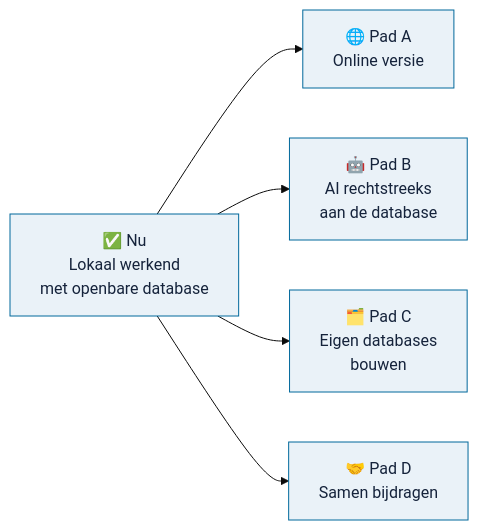
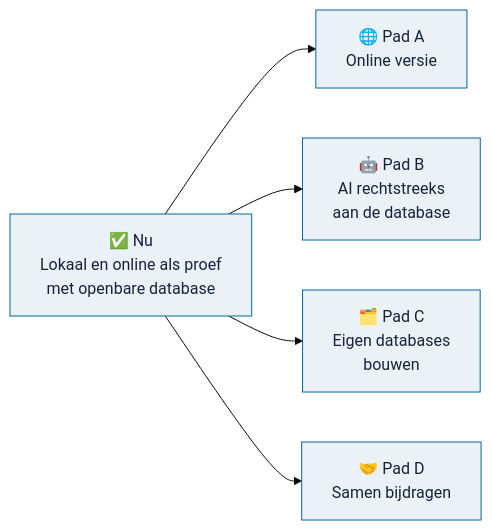
One commit to Robert-Worm/omnibus changed the diagram in docs/routekaart.md. Above: the diagram before and after it, drawn with Mermaid (base theme). The commit also changed other lines of this file and 16 other files, not shown here.

First line of the commit message:
Documentatie klopt weer met de online proefversie en het snelheidswerk

````diff
--- a/docs/routekaart.md
+++ b/docs/routekaart.md
@@ -9,9 +9,9 @@
 ```mermaid
 flowchart LR
-    N["✅ Nu<br/>Lokaal werkend<br/>met openbare database"]
+    N["✅ Nu<br/>Lokaal en online als proef<br/>met openbare database"]
     N --> A["🌐 Pad A<br/>Online versie"]
     N --> B["🤖 Pad B<br/>AI rechtstreeks<br/>aan de database"]
     N --> C["🗂️ Pad C<br/>Eigen databases<br/>bouwen"]
     N --> D["🤝 Pad D<br/>Samen bijdragen"]
     classDef default fill:#eaf2f8,stroke:#01689b,color:#15233b;
 ```
````
